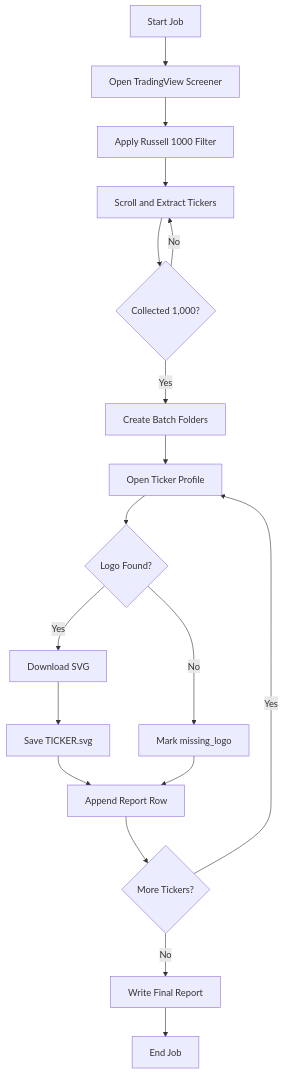
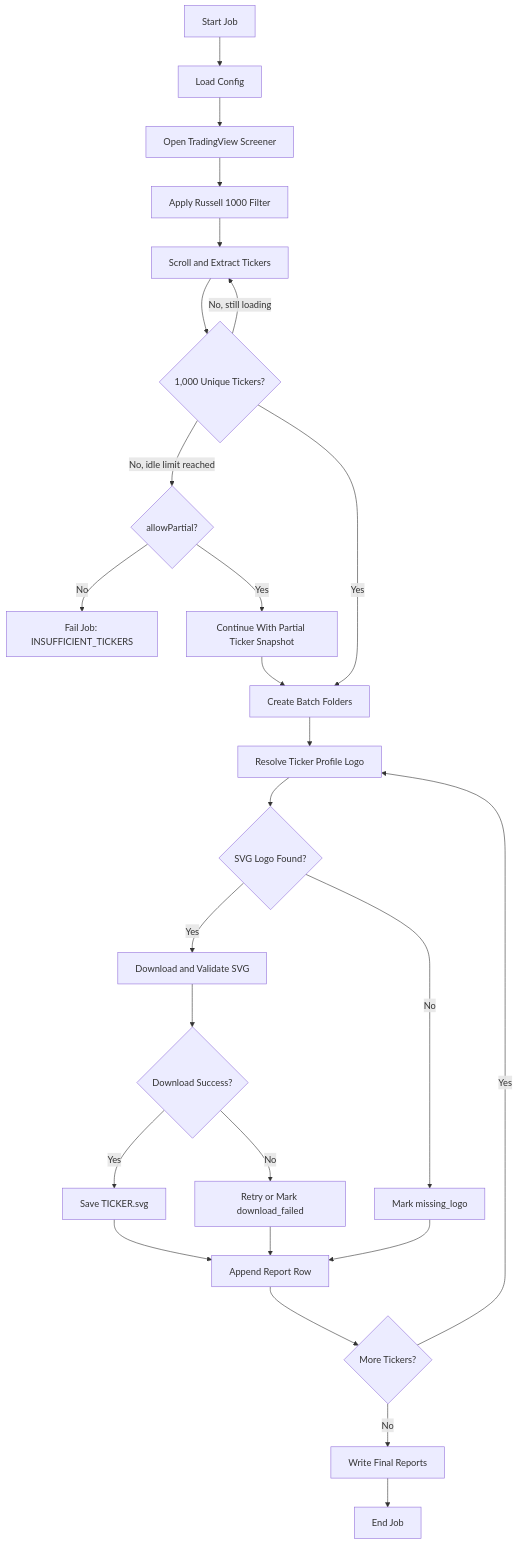
The second of 2 diagrams in automated-us-stock-logo-scraper-spec.md (giroaon2/specification), drawn with Mermaid before and after one commit. The commit also changed other lines of this file, not shown here.

````diff
--- a/automated-us-stock-logo-scraper-spec.md
+++ b/automated-us-stock-logo-scraper-spec.md
@@ -235,20 +326,28 @@
 ```mermaid
 flowchart TD
-    A[Start Job] --> B[Open TradingView Screener]
-    B --> C[Apply Russell 1000 Filter]
-    C --> D[Scroll and Extract Tickers]
-    D --> E{Collected 1,000?}
-    E -- No --> D
-    E -- Yes --> F[Create Batch Folders]
-    F --> G[Open Ticker Profile]
-    G --> H{Logo Found?}
-    H -- Yes --> I[Download SVG]
-    H -- No --> J[Mark missing_logo]
-    I --> K[Save TICKER.svg]
-    K --> L[Append Report Row]
-    J --> L
-    L --> M{More Tickers?}
-    M -- Yes --> G
-    M -- No --> N[Write Final Report]
-    N --> O[End Job]
+    A[Start Job] --> B[Load Config]
+    B --> C[Open TradingView Screener]
+    C --> D[Apply Russell 1000 Filter]
+    D --> E[Scroll and Extract Tickers]
+    E --> F{1,000 Unique Tickers?}
+    F -- No, still loading --> E
+    F -- No, idle limit reached --> G{allowPartial?}
+    G -- No --> H[Fail Job: INSUFFICIENT_TICKERS]
+    G -- Yes --> I[Continue With Partial Ticker Snapshot]
+    F -- Yes --> J[Create Batch Folders]
+    I --> J
+    J --> K[Resolve Ticker Profile Logo]
+    K --> L{SVG Logo Found?}
+    L -- Yes --> M[Download and Validate SVG]
+    L -- No --> N[Mark missing_logo]
+    M --> O{Download Success?}
+    O -- Yes --> P[Save TICKER.svg]
+    O -- No --> Q[Retry or Mark download_failed]
+    P --> R[Append Report Row]
+    N --> R
+    Q --> R
+    R --> S{More Tickers?}
+    S -- Yes --> K
+    S -- No --> T[Write Final Reports]
+    T --> U[End Job]
 ```
````
